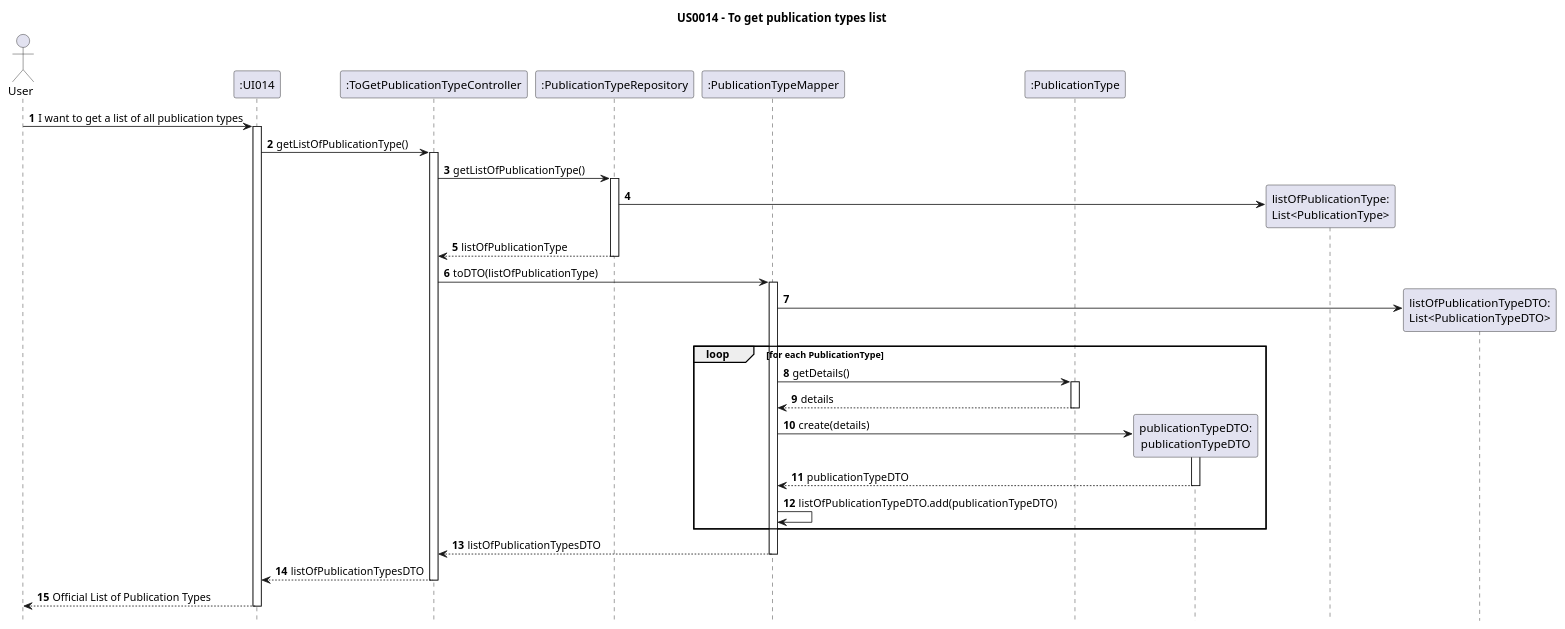
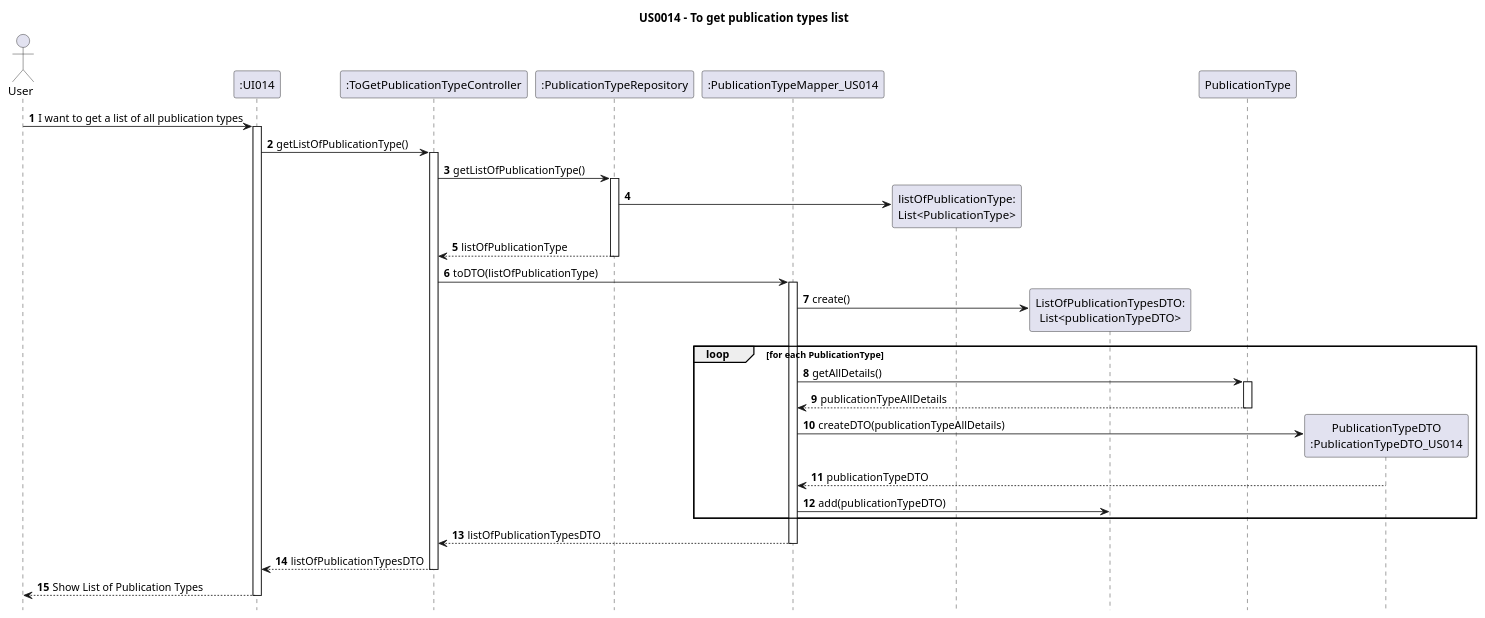
Before and after one commit to AndrePereiraGitH/SWitCH-Project-Team_A: the diagram in Diagrams/SequenceDiagrams/N2/US014-to-get-publication-type-list.puml, drawn with PlantUML. The commit also changed 11 other files, not shown here.

```diff
--- a/Diagrams/SequenceDiagrams/N2/US014-to-get-publication-type-list.puml
+++ b/Diagrams/SequenceDiagrams/N2/US014-to-get-publication-type-list.puml
@@ -1,58 +1,52 @@
 @startuml
 autonumber
 hide footbox
 title US0014 - To get publication types list
 
 actor User
 participant ":UI014" as UI
 participant ":ToGetPublicationTypeController" as C
 participant ":PublicationTypeRepository" as PTR
-participant ":PublicationTypeMapper" as PTM
-participant ":PublicationType" as PT
-participant "publicationTypeDTO:\npublicationTypeDTO" as DTO
-
+participant ":PublicationTypeMapper_US014" as PTM
 
 User -> UI : I want to get a list of all publication types
 activate UI
 
 UI -> C : getListOfPublicationType()
 activate C
 
 C -> PTR : getListOfPublicationType()
 activate PTR
 create "listOfPublicationType:\nList<PublicationType>" as LOPT
 PTR -> LOPT
 
 PTR --> C : listOfPublicationType
 deactivate PTR
 
 C -> PTM : toDTO(listOfPublicationType)
 activate PTM
-create "listOfPublicationTypeDTO:\nList<PublicationTypeDTO>" as lopt1
-PTM -> lopt1
 
+create "ListOfPublicationTypesDTO:\nList<publicationTypeDTO>" as listDTO
+PTM -> listDTO : create()
     loop for each PublicationType
-        PTM -> PT : getDetails()
-        activate PT
-        PT --> PTM : details
-        deactivate PT
-
-        PTM -> DTO ** : create(details)
-        activate DTO
-        DTO --> PTM : publicationTypeDTO
-        deactivate DTO
-
-        PTM -> PTM : listOfPublicationTypeDTO.add(publicationTypeDTO)
+        PTM -> "PublicationType" : getAllDetails()
+        activate PublicationType
+        PublicationType --> PTM : publicationTypeAllDetails
+        deactivate PublicationType
+        create "PublicationTypeDTO\n:PublicationTypeDTO_US014" as PTDTO
+        PTM -> PTDTO : createDTO(publicationTypeAllDetails)
+        PTDTO --> PTM : publicationTypeDTO
+        PTM -> listDTO : add(publicationTypeDTO)
     end
 
 PTM --> C :listOfPublicationTypesDTO
 deactivate PTM
 
 C --> UI : listOfPublicationTypesDTO
 deactivate C
 
-UI --> User : Official List of Publication Types
+UI --> User : Show List of Publication Types
 deactivate UI
 
 
 @enduml
```
